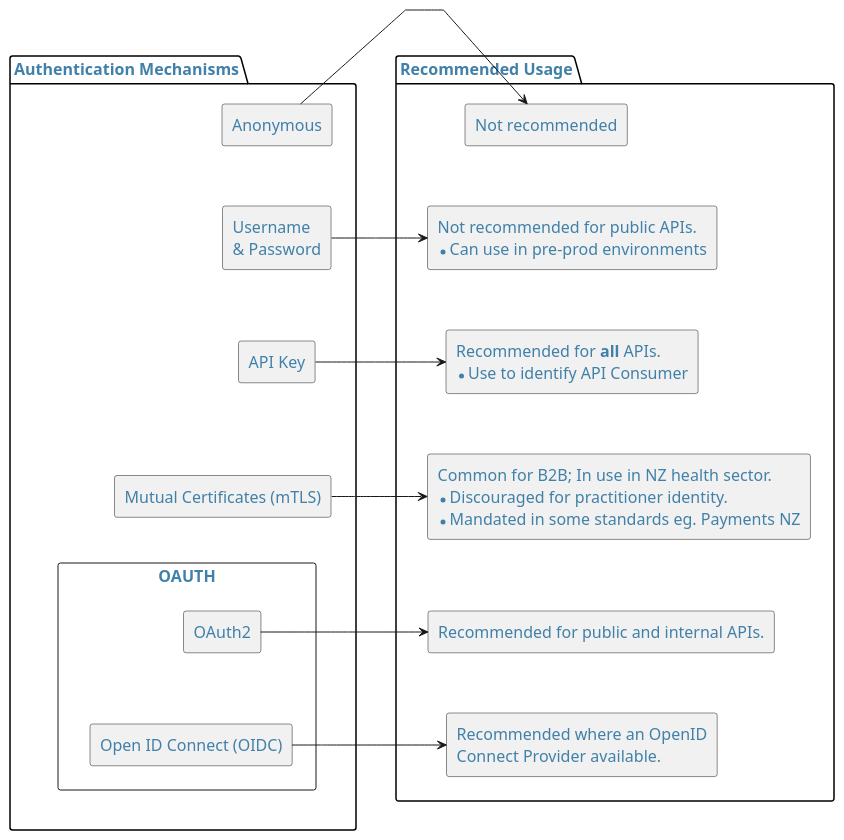
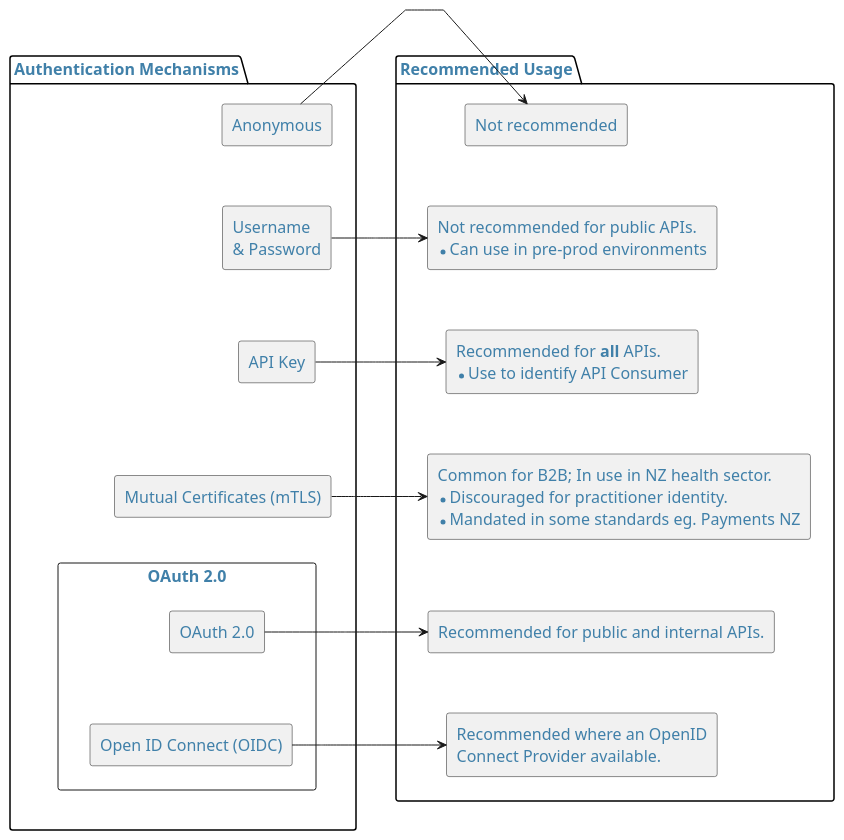
Before and after one commit to tewhatuora/api-standards: the first of 7 diagrams in docs/api-security/03-APIAuthentcationandAuthorisationBasics.md, drawn with PlantUML. The commit also changed other lines of this file and 11 other files, not shown here.

````diff
--- a/docs/api-security/03-APIAuthentcationandAuthorisationBasics.md
+++ b/docs/api-security/03-APIAuthentcationandAuthorisationBasics.md
@@ -55,61 +55,61 @@
 ```plantuml
 @startuml
 
 skinparam {
     defaultFontColor #4080a9
     defaultBackgroundColor #d7f8ff
     defaultComponentColour #61d9de
     defaultActorColour #61d9de
     defaultFontSize 16
     defaultArrowThickness 6
     actorStyle awesome
     linetype polyline
     RoundCorner 5
     scale max 200 width
 }
 
 allowmixing
 top to bottom direction
 
 package "Authentication Mechanisms" as mech {
     rectangle "Anonymous" as ANON
     rectangle "Username \n& Password" as UAP
     rectangle "API Key" as AK
     rectangle "Mutual Certificates (mTLS)" as MTLS
-    rectangle OAUTH {
-        rectangle "OAuth2" as OAuth2
+    rectangle "OAuth 2.0" as OAUTH {
+        rectangle "OAuth 2.0" as OAuth2
         rectangle "Open ID Connect (OIDC)" as OIDC
     }
 }
 
 package "Recommended Usage" as usage {
     rectangle "Not recommended" as NR
     rectangle "Not recommended for public APIs.\n* Can use in pre-prod environments" as NRPFA
     rectangle "Recommended for **all** APIs.\n* Use to identify API Consumer" as RAA
     rectangle "Common for B2B; In use in NZ health sector.\n* Discouraged for practitioner identity.\n* Mandated in some standards eg. Payments NZ" as D
     rectangle "Recommended for public and internal APIs." as R
     rectangle "Recommended where an OpenID\nConnect Provider available." as ROIDC
 }
 
 mech -[hidden]r- usage
 
 ANON -[hidden]- UAP
 UAP -[hidden]- AK
 AK -[hidden]- MTLS
 MTLS -[hidden]- OAUTH
 OAuth2 -[hidden]- OIDC
 NR -[hidden]- NRPFA
 NRPFA -[hidden]- RAA
 RAA -[hidden]- D
 D -[hidden]- R
 R -[hidden]- ROIDC
 
 ANON -r-> NR
 UAP -r-> NRPFA
 AK -r-> RAA
 MTLS -r-> D
 OAuth2 -r-> R
 OIDC -r-> ROIDC
 
 @enduml
 ```
````
